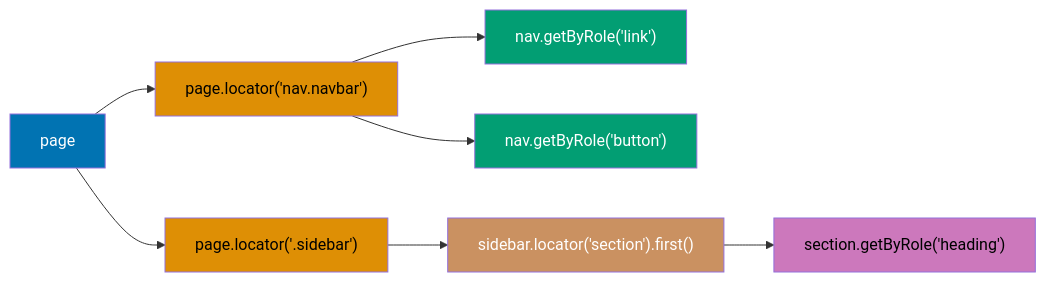
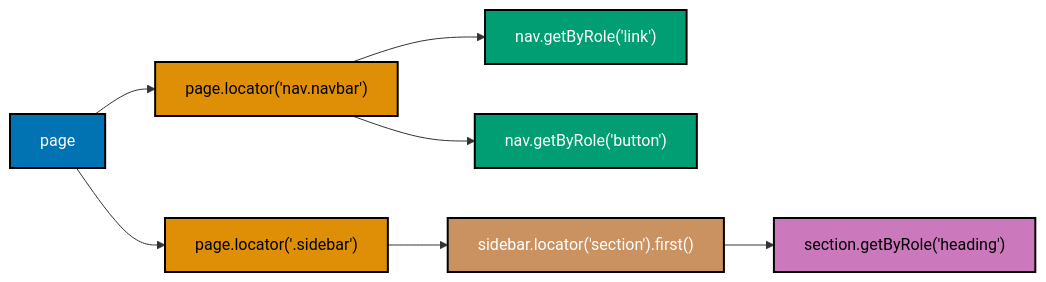
Before and after one commit to wahidyankf/open-sharia-enterprise: the tenth of 15 diagrams in apps/ayokoding-web/content/en/learn/software-engineering/automation-testing/tools/playwright/by-example/beginner.md, drawn with Mermaid. The commit also changed other lines of this file and 25 other files, not shown here.

````diff
--- a/apps/ayokoding-web/content/en/learn/software-engineering/automation-testing/tools/playwright/by-example/beginner.md
+++ b/apps/ayokoding-web/content/en/learn/software-engineering/automation-testing/tools/playwright/by-example/beginner.md
@@ -985,18 +985,18 @@
 ```mermaid
 %% Color Palette: Blue #0173B2, Orange #DE8F05, Teal #029E73, Purple #CC78BC, Brown #CA9161
 graph LR
     Page["page"] --> Nav["page.locator('nav.navbar')"]
     Nav --> ScopedLink["nav.getByRole('link')"]
     Nav --> ScopedBtn["nav.getByRole('button')"]
     Page --> Sidebar["page.locator('.sidebar')"]
     Sidebar --> Section["sidebar.locator('section').first()"]
     Section --> Heading["section.getByRole('heading')"]
 
-    style Page fill:#0173B2,color:#fff
-    style Nav fill:#DE8F05,color:#000
-    style Sidebar fill:#DE8F05,color:#000
-    style ScopedLink fill:#029E73,color:#fff
-    style ScopedBtn fill:#029E73,color:#fff
-    style Section fill:#CA9161,color:#fff
-    style Heading fill:#CC78BC,color:#000
+    style Page fill:#0173B2,stroke:#000000,stroke-width:2px,color:#fff
+    style Nav fill:#DE8F05,stroke:#000000,stroke-width:2px,color:#000
+    style Sidebar fill:#DE8F05,stroke:#000000,stroke-width:2px,color:#000
+    style ScopedLink fill:#029E73,stroke:#000000,stroke-width:2px,color:#fff
+    style ScopedBtn fill:#029E73,stroke:#000000,stroke-width:2px,color:#fff
+    style Section fill:#CA9161,stroke:#000000,stroke-width:2px,color:#fff
+    style Heading fill:#CC78BC,stroke:#000000,stroke-width:2px,color:#000
 ```
````
